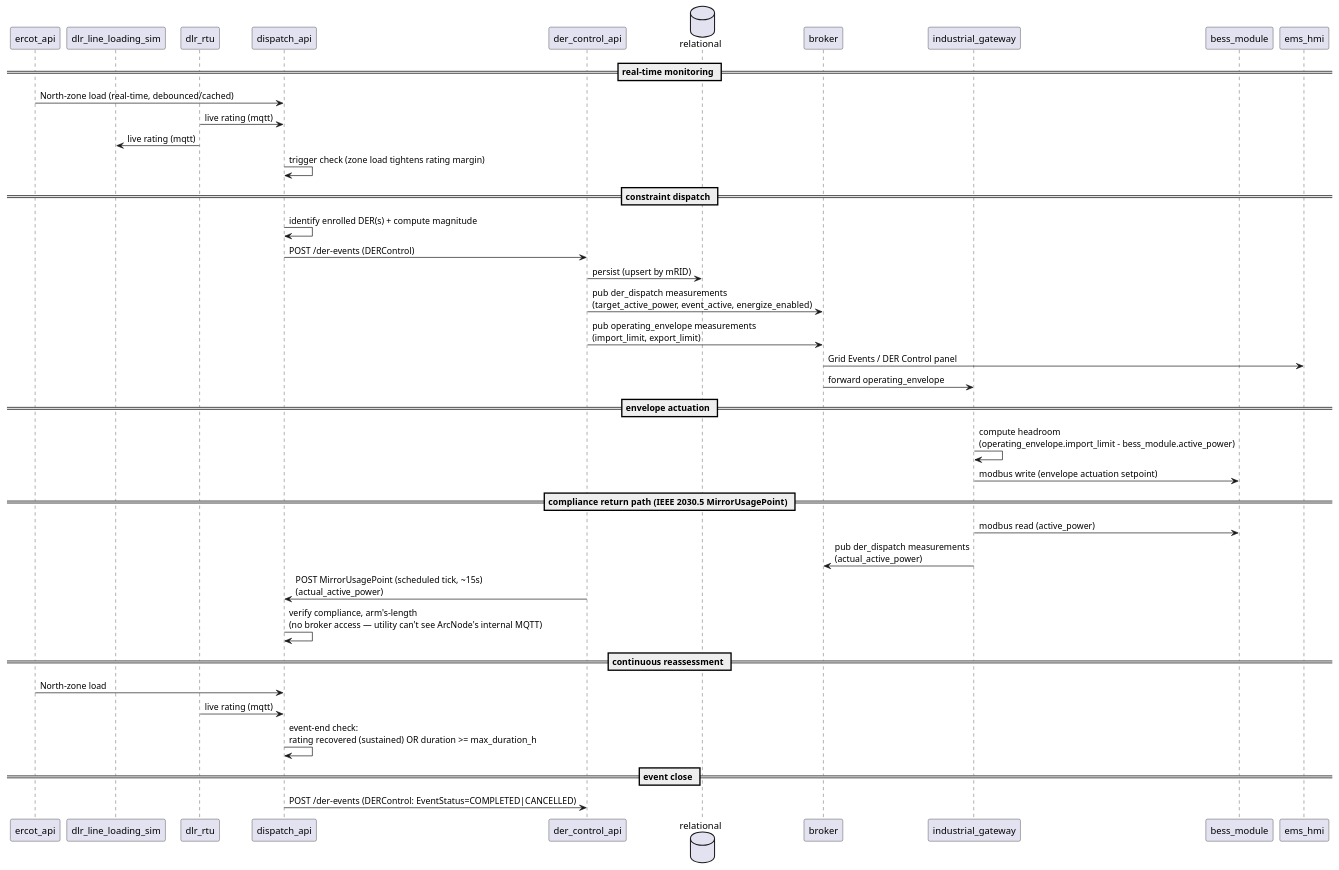
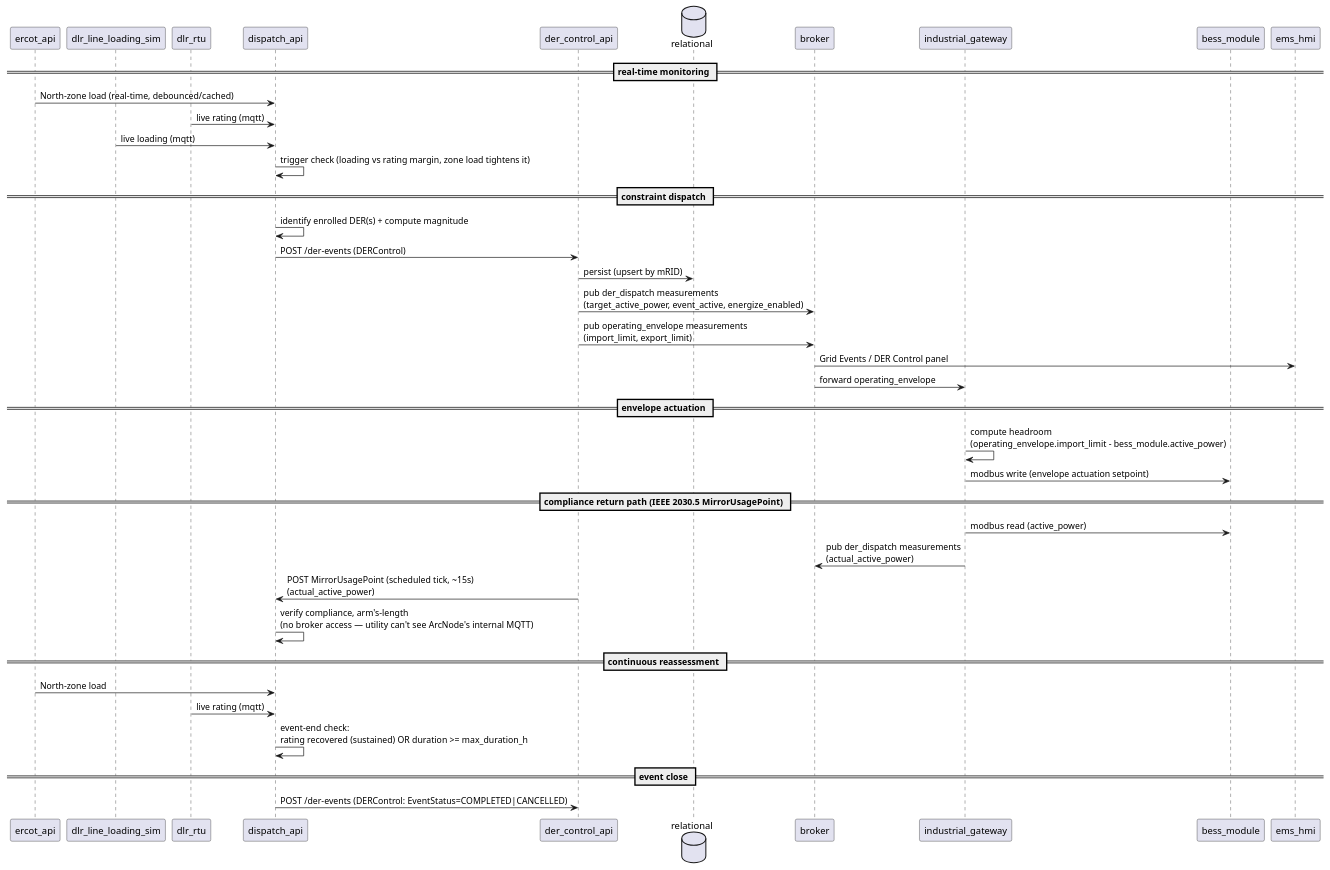
Before and after one commit to arcnode-io/ems: the third of 7 diagrams in readme.md, drawn with PlantUML. The commit also changed other lines of this file, not shown here.

Commit message:
📝 docs(readme): fix deployment + DER Event Auto diagrams -- dlr_line_loading_sim publishes to dispatch_api, not dlr_rtu
Both diagrams showed dlr_rtu -> dlr_line_loading_sim (the old DLR-
rating subscription that fed tap control). That relationship is gone
(dlr-line-loading-sim 7caabcd). The real edge is dlr_line_loading_sim
-> dispatch_api: live loading, which was missing from the DER Event
Auto sequence entirely even though dispatch_api's trigger check
(loading vs rating margin) depends on it.

Claude-Session: https://claude.ai/code/session_01G9oodV6qNjghBfbi7qXfrt

````diff
--- a/readme.md
+++ b/readme.md
@@ -128,45 +128,45 @@
 ```plantuml
 participant ercot_api
 participant dlr_line_loading_sim
 participant dlr_rtu
 participant dispatch_api
 participant der_control_api
 database relational
 participant broker
 participant industrial_gateway
 participant bess_module
 participant ems_hmi
 
 == real-time monitoring ==
 ercot_api -> dispatch_api: North-zone load (real-time, debounced/cached)
 dlr_rtu -> dispatch_api: live rating (mqtt)
-dlr_rtu -> dlr_line_loading_sim: live rating (mqtt)
-dispatch_api -> dispatch_api: trigger check (zone load tightens rating margin)
+dlr_line_loading_sim -> dispatch_api: live loading (mqtt)
+dispatch_api -> dispatch_api: trigger check (loading vs rating margin, zone load tightens it)
 
 == constraint dispatch ==
 dispatch_api -> dispatch_api: identify enrolled DER(s) + compute magnitude
 dispatch_api -> der_control_api: POST /der-events (DERControl)
 der_control_api -> relational: persist (upsert by mRID)
 der_control_api -> broker: pub der_dispatch measurements\n(target_active_power, event_active, energize_enabled)
 der_control_api -> broker: pub operating_envelope measurements\n(import_limit, export_limit)
 broker -> ems_hmi: Grid Events / DER Control panel
 broker -> industrial_gateway: forward operating_envelope
 
 == envelope actuation ==
 industrial_gateway -> industrial_gateway: compute headroom\n(operating_envelope.import_limit - bess_module.active_power)
 industrial_gateway -> bess_module: modbus write (envelope actuation setpoint)
 
 == compliance return path (IEEE 2030.5 MirrorUsagePoint) ==
 industrial_gateway -> bess_module: modbus read (active_power)
 industrial_gateway -> broker: pub der_dispatch measurements\n(actual_active_power)
 der_control_api -> dispatch_api: POST MirrorUsagePoint (scheduled tick, ~15s)\n(actual_active_power)
 dispatch_api -> dispatch_api: verify compliance, arm's-length\n(no broker access — utility can't see ArcNode's internal MQTT)
 
 == continuous reassessment ==
 ercot_api -> dispatch_api: North-zone load
 dlr_rtu -> dispatch_api: live rating (mqtt)
 dispatch_api -> dispatch_api: event-end check:\nrating recovered (sustained) OR duration >= max_duration_h
 
 == event close ==
 dispatch_api -> der_control_api: POST /der-events (DERControl: EventStatus=COMPLETED|CANCELLED)
 ```
````
